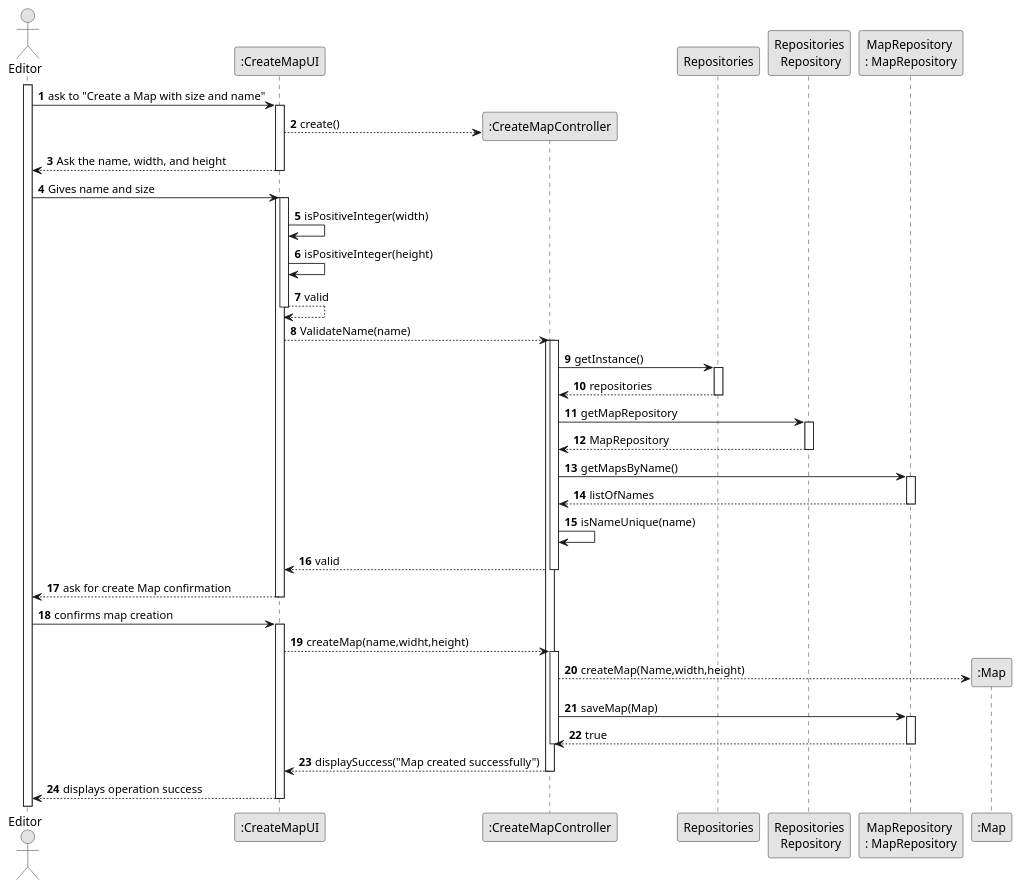
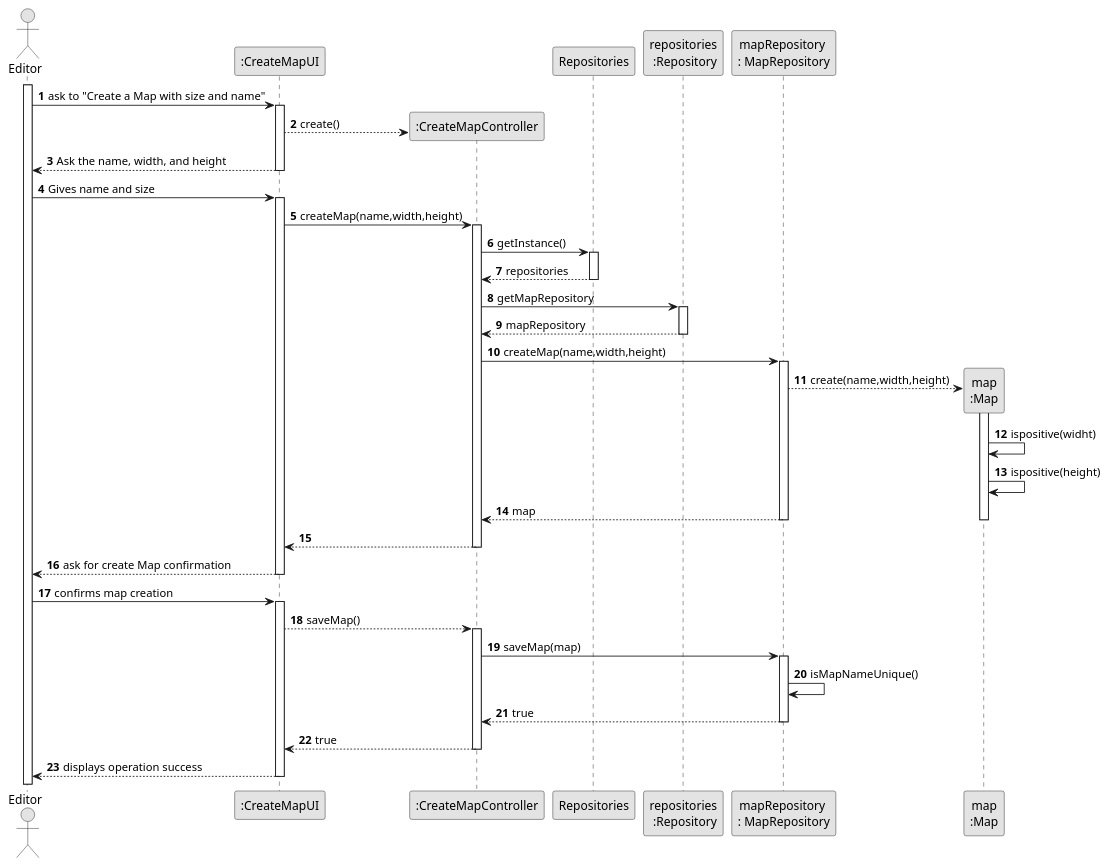
Before and after one commit to 1240826/empire-on-tracks: the diagram in docs/system-documentation/US001/03.design/puml/US001-SD-full.puml, drawn with PlantUML. The commit also changed 2 other files, not shown here.

```diff
--- a/docs/system-documentation/US001/03.design/puml/US001-SD-full.puml
+++ b/docs/system-documentation/US001/03.design/puml/US001-SD-full.puml
@@ -1,119 +1,114 @@
 @startuml
 skinparam monochrome true
 skinparam packageStyle rectangle
 skinparam shadowing false
 
 autonumber
 
 actor "Editor" as Employee
 participant ":CreateMapUI" as UI
 participant ":CreateMapController" as Controller
 
 participant "Repositories" as Rep
-participant "Repositories\n Repository" as Repos
-participant "MapRepository \n: MapRepository" as Repository
+participant "repositories\n :Repository" as Repos
+participant "mapRepository \n: MapRepository" as Repository
 
-participant ":Map" as Map
+participant "map\n:Map" as Map
 
 activate Employee
 
     Employee -> UI : ask to "Create a Map with size and name"
     activate UI
 
             UI --> Controller** : create()
 
 
 
         UI --> Employee : Ask the name, width, and height
         deactivate UI
 
 
 
 
 
 
 
     Employee -> UI : Gives name and size
     activate UI
 
-
-
-
-
-
-            activate UI
-
-            UI -> UI : isPositiveInteger(width)
-            UI -> UI : isPositiveInteger(height)
-            UI --> UI : valid
-            deactivate UI
-             UI --> Controller  : ValidateName(name)
+             UI -> Controller  : createMap(name,width,height)
              activate Controller
 
 
 
 
 
 
-activate Controller
+
             Controller->Rep: getInstance()
             activate Rep
 
             Rep-->Controller:repositories
             deactivate Rep
             Controller->Repos:getMapRepository
             activate Repos
-            Repos--> Controller:MapRepository
+            Repos--> Controller:mapRepository
             deactivate Repos
 
-            Controller->Repository:getMapsByName()
+            Controller->Repository:createMap(name,width,height)
             activate Repository
-            Repository-->Controller:listOfNames
+            Repository-->Map**:create(name,width,height)
+            activate Map
+            Map->Map:ispositive(widht)
+            Map->Map:ispositive(height)
+            Repository-->Controller:map
+            deactivate Map
             deactivate Repository
 
 
 
-                Controller -> Controller : isNameUnique(name)
 
-                Controller-->UI:valid
+
+                Controller-->UI:
 
                 deactivate Controller
 
 
                     UI --> Employee :ask for create Map confirmation
                     deactivate UI
 
 
                     Employee -> UI : confirms map creation
                     activate UI
 
 
-                    UI --> Controller: createMap(name,widht,height)
+                    UI --> Controller: saveMap()
                     activate Controller
 
-                    Controller-->Map**:createMap(Name,width,height)
-                    Controller->Repository:saveMap(Map)
+                    Controller->Repository:saveMap(map)
                     activate Repository
+                    Repository->Repository:isMapNameUnique()
 
 
 
                             Repository-->Controller:true
 
                         deactivate Repository
-                        deactivate Controller
 
 
 
-                    Controller --> UI : displaySuccess("Map created successfully")
+
+                    Controller --> UI :true
+                    deactivate Controller
 
 
 
 
 
         deactivate Controller
 
         UI-->Employee:displays operation success
 
     deactivate UI
 
 @enduml
```
